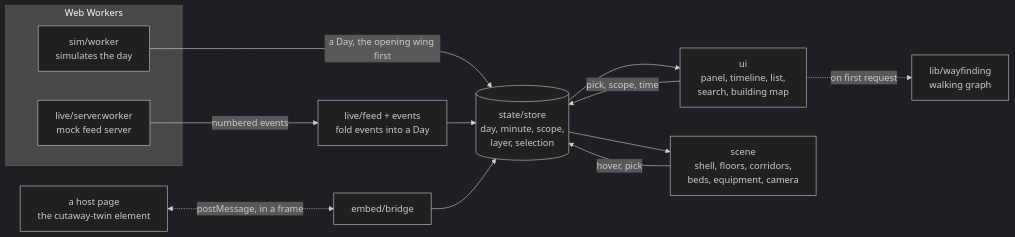
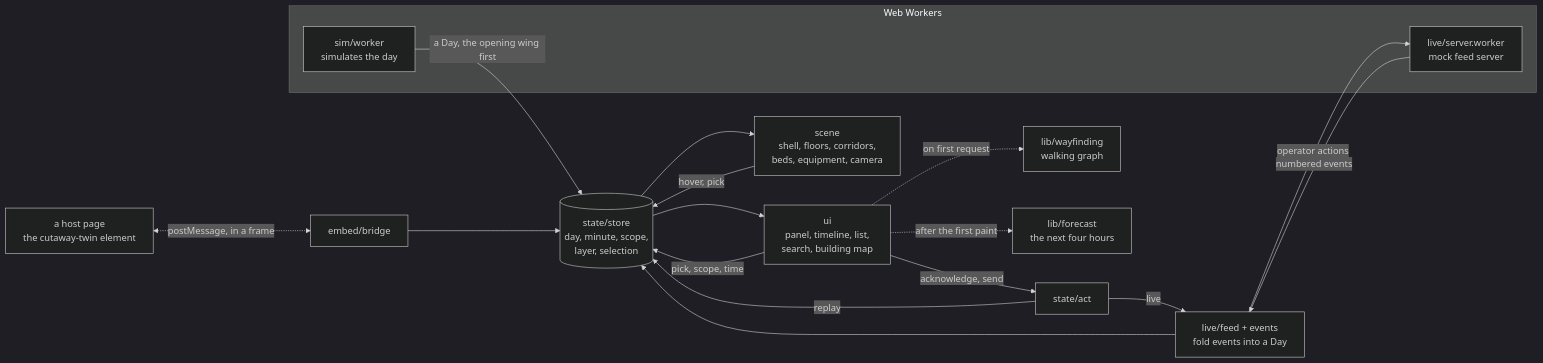
The diagram in docs/architecture.md (imsemoo/cutaway), drawn with Mermaid (dark theme) before and after one commit. The commit also changed other lines of this file and 35 other files, not shown here.

````diff
--- a/docs/architecture.md
+++ b/docs/architecture.md
@@ -5,17 +5,22 @@
 ```mermaid
 flowchart LR
   subgraph workers[Web Workers]
     sim[sim/worker<br/>simulates the day]
     server[live/server.worker<br/>mock feed server]
   end
   sim -- a Day, the opening wing first --> store
   server -- numbered events --> feed[live/feed + events<br/>fold events into a Day]
+  feed -- operator actions --> server
   feed --> store[(state/store<br/>day, minute, scope,<br/>layer, selection)]
   store --> ui[ui<br/>panel, timeline, list,<br/>search, building map]
   store --> scene[scene<br/>shell, floors, corridors,<br/>beds, equipment, camera]
   ui -- pick, scope, time --> store
+  ui -- acknowledge, send --> act[state/act]
+  act -- replay --> store
+  act -- live --> feed
   scene -- hover, pick --> store
   ui -. on first request .-> wayfinding[lib/wayfinding<br/>walking graph]
+  ui -. after the first paint .-> forecast[lib/forecast<br/>the next four hours]
   host[a host page<br/>the cutaway-twin element] <-. postMessage, in a frame .-> bridge[embed/bridge]
   bridge --> store
 ```
````
